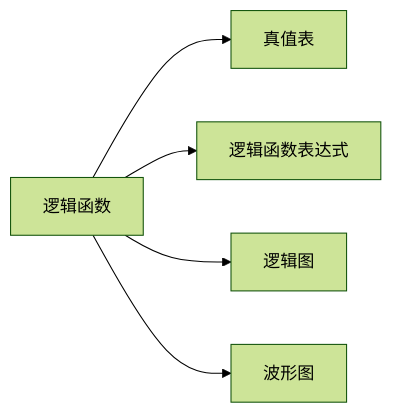
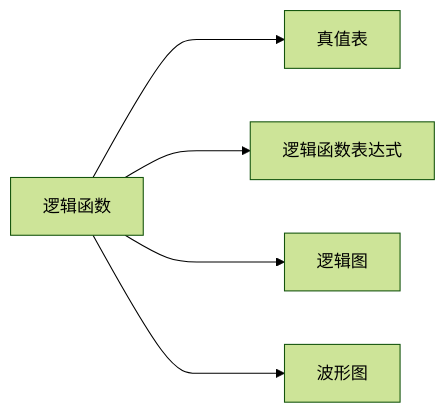
Before and after one commit to UNLINEARITY/Learn-Everything: the diagram in src/site/notes/逻辑代数.md, drawn with Mermaid (forest theme). The commit also changed other lines of this file and 66 other files, not shown here.

````diff
--- a/src/site/notes/逻辑代数.md
+++ b/src/site/notes/逻辑代数.md
@@ -8,4 +8,4 @@
 ```mermaid
 graph LR
-	逻辑函数 --> 真值表 & 逻辑函数表达式 & 逻辑图 & 波形图
+	逻辑函数 ---> 真值表 & 逻辑函数表达式 & 逻辑图 & 波形图
 ```
````
